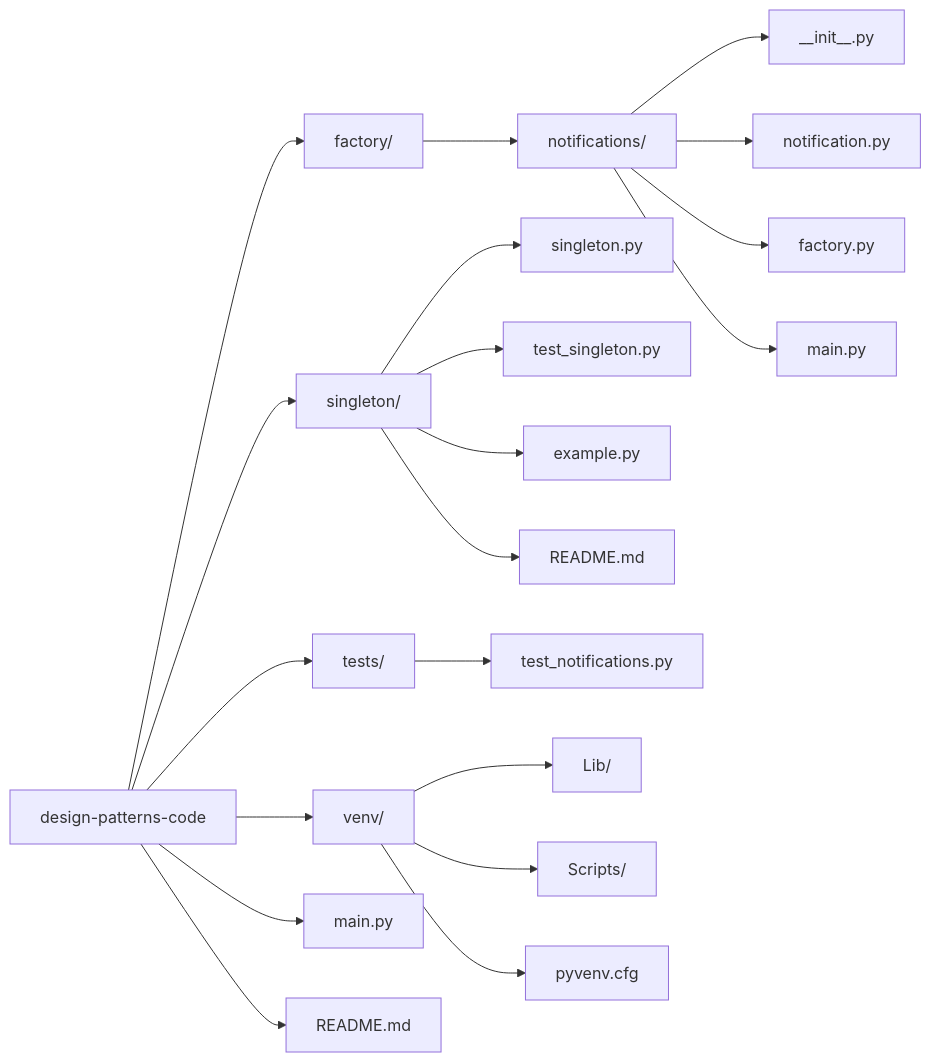
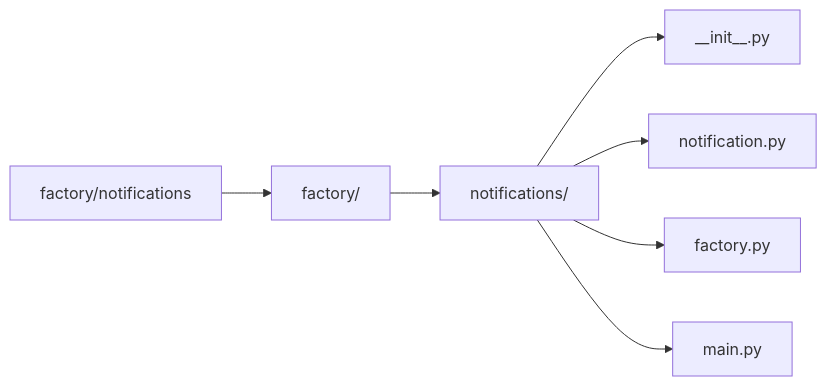
The diagram in factory/notifications/README.md (nathasjafink/Design-Patterns-Code-Examples), drawn with Mermaid before and after one commit.

````diff
--- a/factory/notifications/README.md
+++ b/factory/notifications/README.md
@@ -12,28 +12,13 @@
 ```mermaid
 graph LR
-    A[design-patterns-code]
+    A[factory/notifications]
     
     A --> B[factory/]
     B --> B5[notifications/]
     B5 --> B51[__init__.py]
     B5 --> B52[notification.py]
     B5 --> B53[factory.py]
     B5 --> B54[main.py]
     
-    A --> E[singleton/]
-    E --> E1[singleton.py]
-    E --> E2[test_singleton.py]
-    E --> E3[example.py]
-    E --> E4[README.md]
-
-    A --> C[tests/]
-    C --> C1[test_notifications.py]
-
-    A --> D[venv/]
-    D --> D1[Lib/]
-    D --> D2[Scripts/]
-    D --> D3[pyvenv.cfg]
-
-    A --> F[main.py]
-    A --> G[README.md]
+    
 ```    
````
